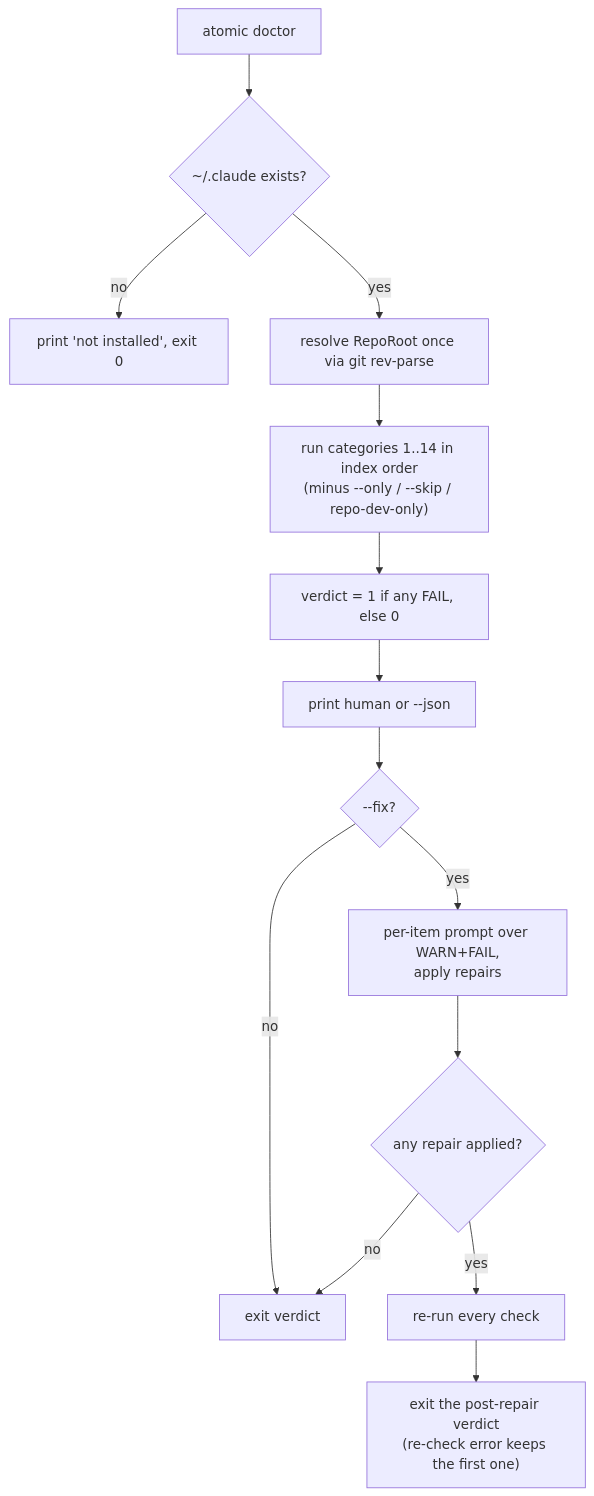
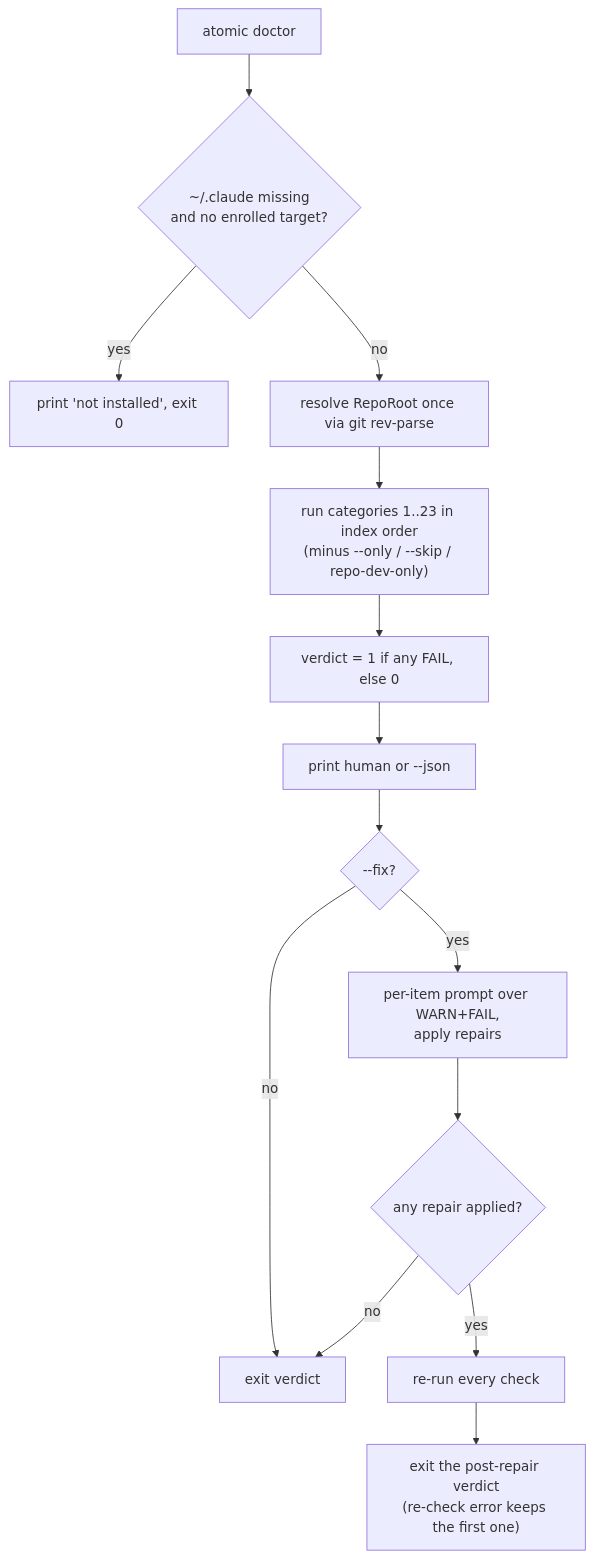
One commit to damusix/atomic-claude changed the diagram in docs/wiki/doctor.md. Above: the diagram before and after it, drawn with Mermaid. The commit also changed other lines of this file and 26 other files, not shown here.

````diff
--- a/docs/wiki/doctor.md
+++ b/docs/wiki/doctor.md
@@ -19,16 +19,16 @@
 ```mermaid
 flowchart TD
-    A["atomic doctor"] --> B{"~/.claude exists?"}
-    B -->|no| C["print 'not installed', exit 0"]
-    B -->|yes| D["resolve RepoRoot once via git rev-parse"]
-    D --> E["run categories 1..14 in index order<br/>(minus --only / --skip / repo-dev-only)"]
+    A["atomic doctor"] --> B{"~/.claude missing<br/>and no enrolled target?"}
+    B -->|yes| C["print 'not installed', exit 0"]
+    B -->|no| D["resolve RepoRoot once via git rev-parse"]
+    D --> E["run categories 1..23 in index order<br/>(minus --only / --skip / repo-dev-only)"]
     E --> F["verdict = 1 if any FAIL, else 0"]
     F --> G["print human or --json"]
     G --> H{"--fix?"}
     H -->|no| J["exit verdict"]
     H -->|yes| I["per-item prompt over WARN+FAIL,<br/>apply repairs"]
     I --> K{"any repair applied?"}
     K -->|no| J
     K -->|yes| L["re-run every check"]
     L --> M["exit the post-repair verdict<br/>(re-check error keeps the first one)"]
 ```
````
